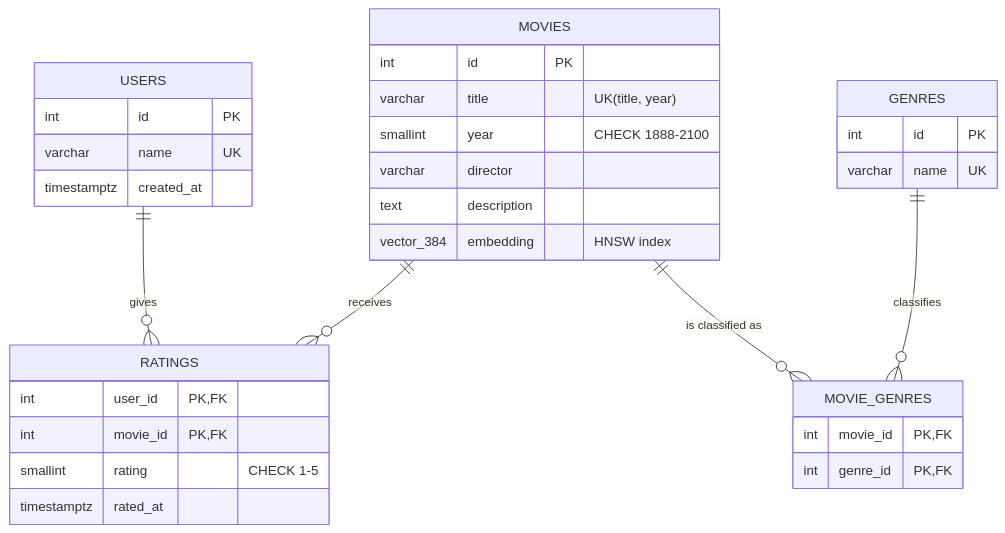
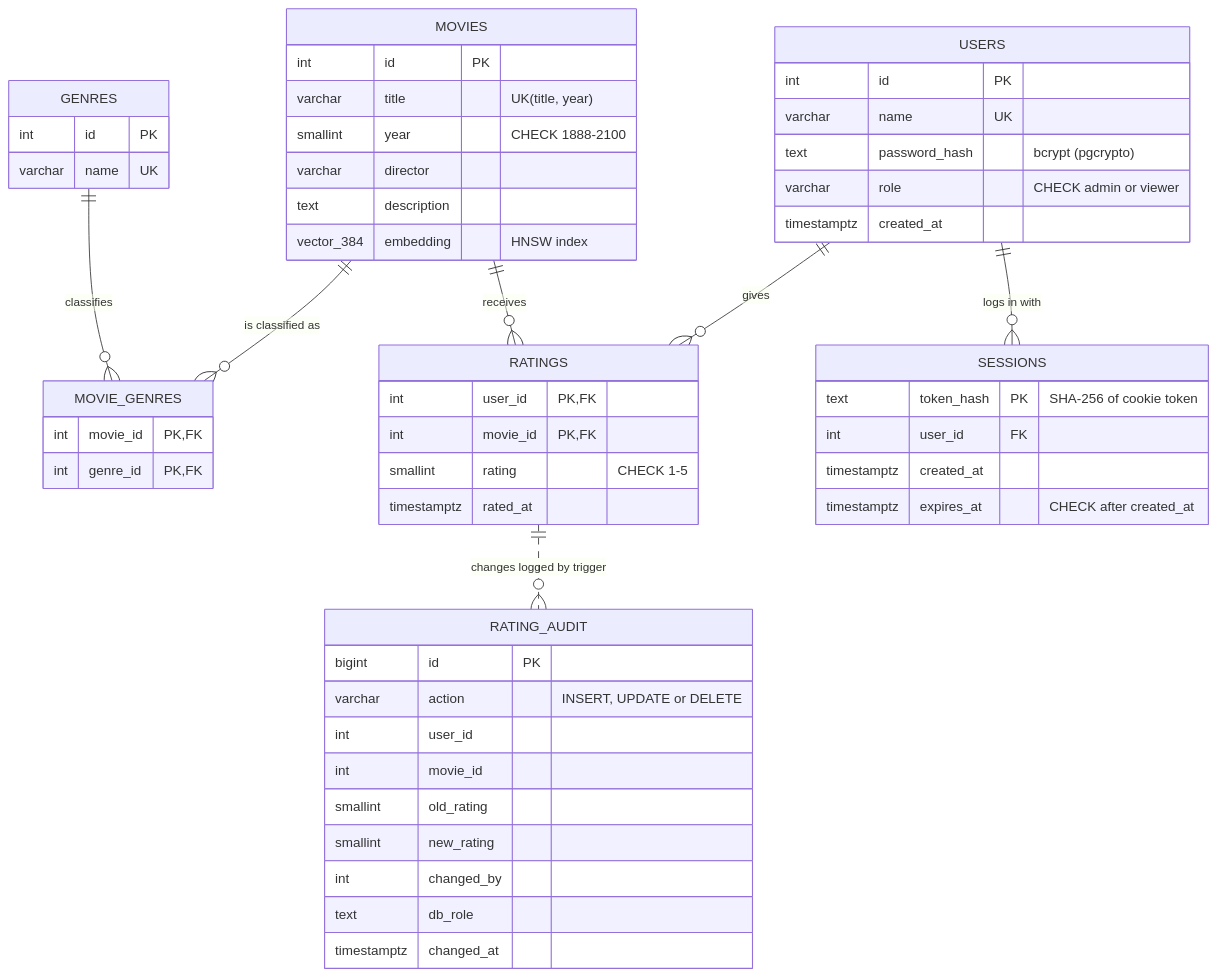
The diagram in docs/REPORT.md (Prithvi-Aithal/cinesense), drawn with Mermaid before and after one commit. The commit also changed other lines of this file and 3 other files, not shown here.

````diff
--- a/docs/REPORT.md
+++ b/docs/REPORT.md
@@ -36,35 +51,56 @@
 ```mermaid
 erDiagram
+    GENRES ||--o{ MOVIE_GENRES : classifies
+    MOVIES ||--o{ MOVIE_GENRES : "is classified as"
+    MOVIES ||--o{ RATINGS : receives
     USERS ||--o{ RATINGS : gives
-    MOVIES ||--o{ RATINGS : receives
-    MOVIES ||--o{ MOVIE_GENRES : "is classified as"
-    GENRES ||--o{ MOVIE_GENRES : classifies
+    USERS ||--o{ SESSIONS : "logs in with"
+    RATINGS ||..o{ RATING_AUDIT : "changes logged by trigger"
 
     USERS {
         int id PK
         varchar name UK
+        text password_hash "bcrypt (pgcrypto)"
+        varchar role "CHECK admin or viewer"
         timestamptz created_at
+    }
+    SESSIONS {
+        text token_hash PK "SHA-256 of cookie token"
+        int user_id FK
+        timestamptz created_at
+        timestamptz expires_at "CHECK after created_at"
+    }
+    RATING_AUDIT {
+        bigint id PK
+        varchar action "INSERT, UPDATE or DELETE"
+        int user_id
+        int movie_id
+        smallint old_rating
+        smallint new_rating
+        int changed_by
+        text db_role
+        timestamptz changed_at
     }
     MOVIES {
         int id PK
         varchar title "UK(title, year)"
         smallint year "CHECK 1888-2100"
         varchar director
         text description
         vector_384 embedding "HNSW index"
     }
     GENRES {
         int id PK
         varchar name UK
     }
     MOVIE_GENRES {
         int movie_id PK,FK
         int genre_id PK,FK
     }
     RATINGS {
         int user_id PK,FK
         int movie_id PK,FK
         smallint rating "CHECK 1-5"
         timestamptz rated_at
     }
 ```
````
